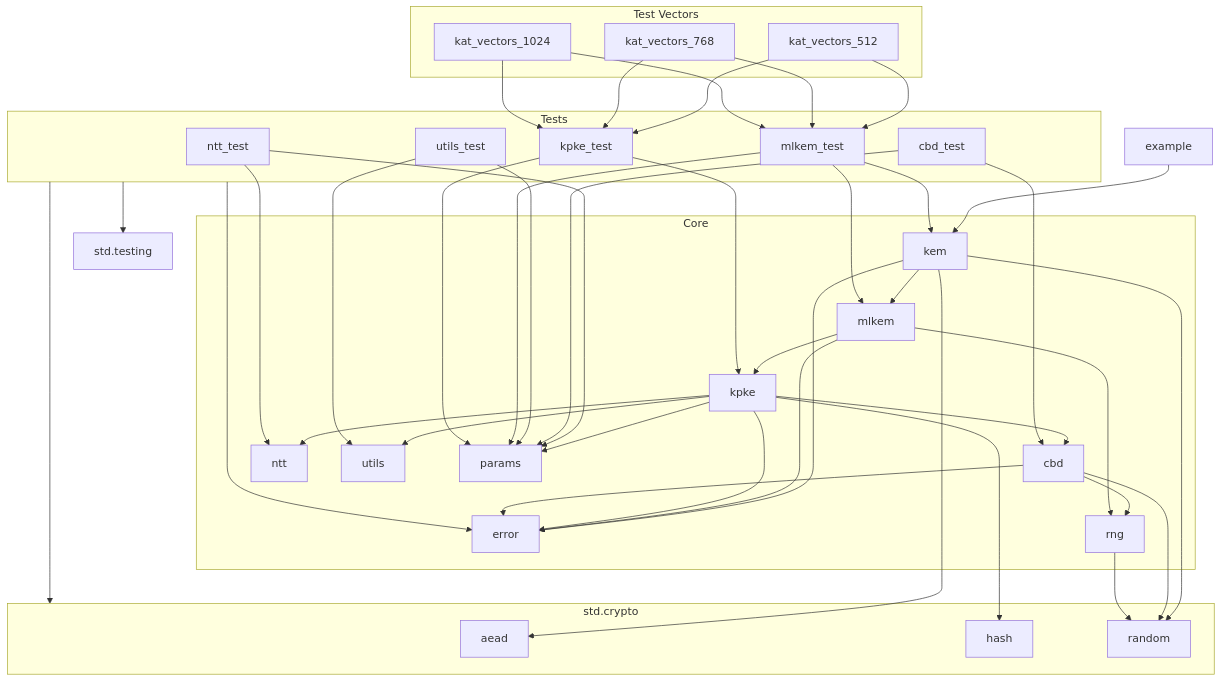
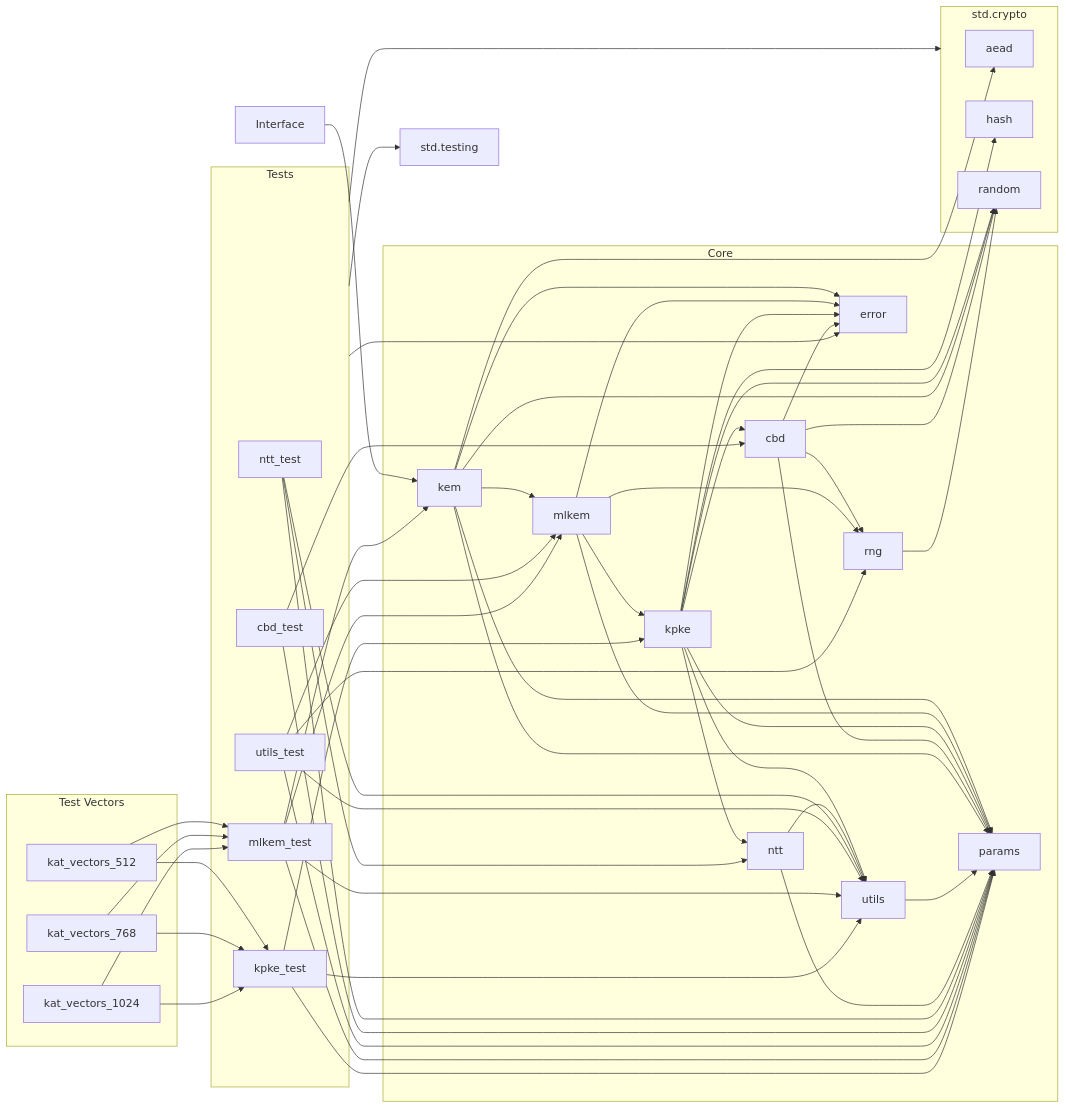
The diagram in README.md (nshkrdotcom/zips), drawn with Mermaid before and after one commit.

Commit message:
update diag

````diff
--- a/README.md
+++ b/README.md
@@ -81,6 +81,6 @@
 ```mermaid
-graph TD
-    subgraph TV["Test&nbsp;Vectors"]
+graph LR
+    subgraph TV["Test Vectors"]
         kat_vectors_512
         kat_vectors_768
         kat_vectors_1024
@@ -113,15 +113,20 @@
     end
     
     kem --> mlkem
+    kem --> params
     mlkem --> kpke
+    mlkem --> params
     kpke --> ntt
     kpke --> cbd
     kpke --> utils
     kpke --> params
+    kpke --> random
     cbd --> rng
+    cbd --> params
     mlkem --> rng
     kem --> aead
     kem --> random
+    kem --> params
     kpke --> hash
     cbd --> random
     rng --> random
@@ -129,19 +134,28 @@
     mlkem --> error
     kpke --> error
     cbd --> error
+    utils --> params
+    ntt --> params
+    ntt --> utils
 
-    example --> kem
+
+    example["Interface"] --> kem
 
     ntt_test --> ntt
+    ntt_test --> utils
     ntt_test --> params
     cbd_test --> cbd
     cbd_test --> params
     utils_test --> params
     utils_test --> utils
+    utils_test --> mlkem
+    utils_test --> rng
     mlkem_test --> mlkem
     mlkem_test --> kem
+    mlkem_test --> utils
     mlkem_test --> params
     kpke_test --> kpke
+    kpke_test --> utils
     kpke_test --> params
     Tests --> std.testing
     Tests --> SC
````
